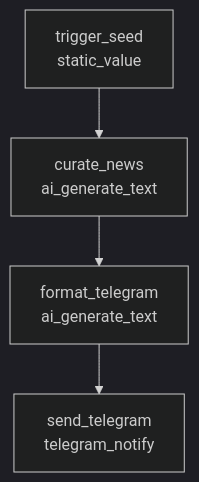
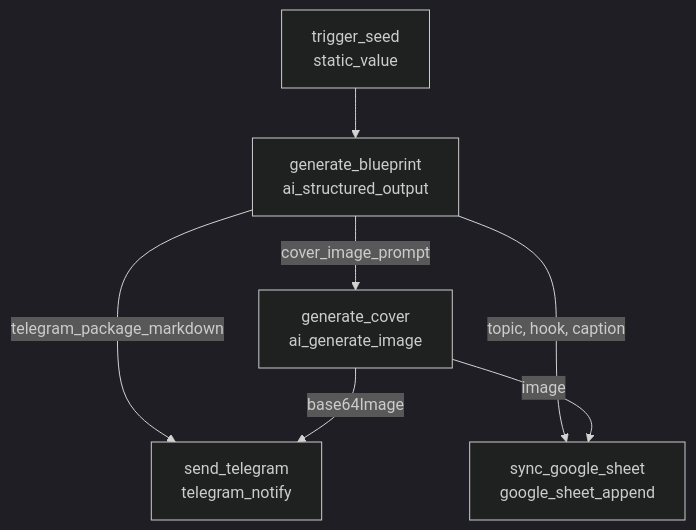
Before and after one commit to aufalfirdausi/Automation-image-ai: the first of 2 diagrams in docs/WORKFLOW_AUTOMATION.md, drawn with Mermaid (dark theme). The commit also changed other lines of this file and 9 other files, not shown here.

````diff
--- a/docs/WORKFLOW_AUTOMATION.md
+++ b/docs/WORKFLOW_AUTOMATION.md
@@ -70,6 +66,9 @@
 ```mermaid
 flowchart TD
-    A[trigger_seed\nstatic_value] --> B[curate_news\nai_generate_text]
-    B --> C[format_telegram\nai_generate_text]
-    C --> D[send_telegram\ntelegram_notify]
+    A[trigger_seed\nstatic_value] --> B[generate_blueprint\nai_structured_output]
+    B -->|cover_image_prompt| C[generate_cover\nai_generate_image]
+    B -->|telegram_package_markdown| D[send_telegram\ntelegram_notify]
+    C -->|base64Image| D
+    B -->|topic, hook, caption| E[sync_google_sheet\ngoogle_sheet_append]
+    C -->|image| E
 ```
````
